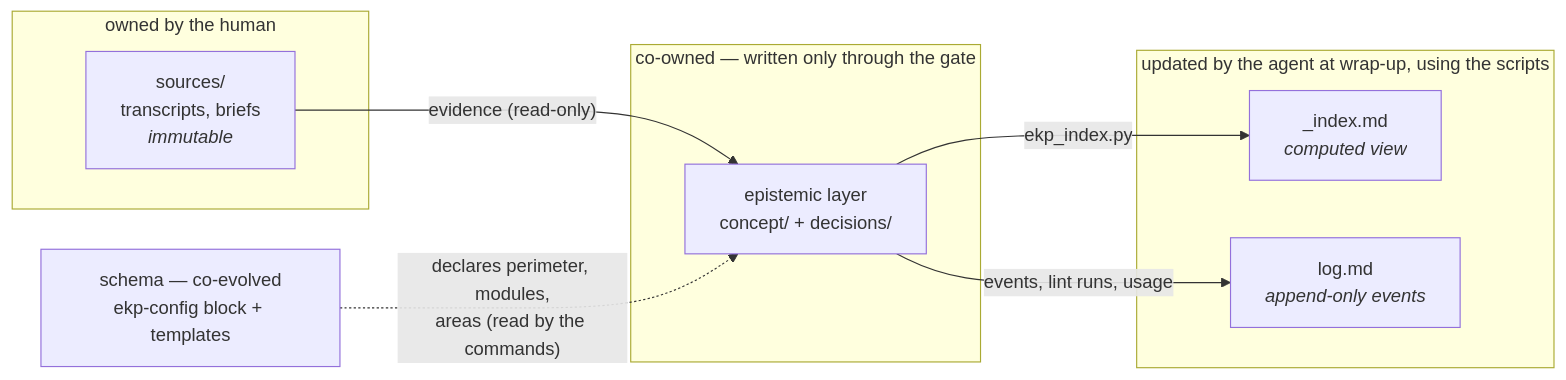
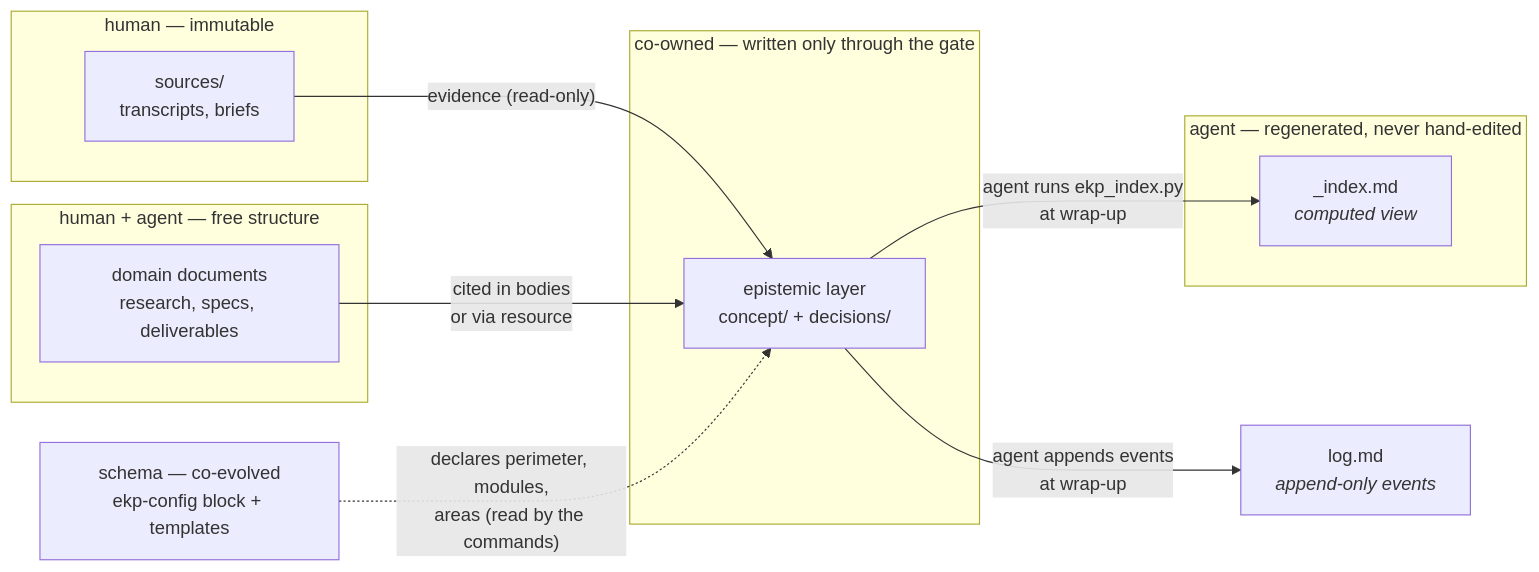
The first of 3 diagrams in README.md (AhUhmm/epistemic-knowledge-profile), drawn with Mermaid before and after one commit. The commit also changed other lines of this file and 1 other file, not shown here.

Commit message:
README diagrams: fixes from the blind review of #25
- the first diagram shows SPEC §8.1's five layers (domain documents were
  missing) with their owners, plus the log; the agent runs the index
  builder and appends events at wrap-up, the hook writes usage;
- the epistemic layer is the only gated one, not the only co-owned one;
- /state reads index and log tail first and opens files as needed;
- the session-end note wraps inside its box.

````diff
--- a/README.md
+++ b/README.md
@@ -65,18 +65,22 @@
 ```mermaid
 flowchart LR
-    subgraph H["owned by the human"]
-        SRC["sources/<br/>transcripts, briefs<br/><i>immutable</i>"]
+    subgraph H["human — immutable"]
+        SRC["sources/<br/>transcripts, briefs"]
+    end
+    subgraph D["human + agent — free structure"]
+        DOM["domain documents<br/>research, specs, deliverables"]
     end
     subgraph C["co-owned — written only through the gate"]
         EPI["epistemic layer<br/>concept/ + decisions/"]
     end
-    subgraph A["updated by the agent at wrap-up, using the scripts"]
+    subgraph V["agent — regenerated, never hand-edited"]
         IDX["_index.md<br/><i>computed view</i>"]
-        LOG["log.md<br/><i>append-only events</i>"]
     end
     SCHEMA["schema — co-evolved<br/>ekp-config block + templates"]
+    LOG["log.md<br/><i>append-only events</i>"]
     SRC -- "evidence (read-only)" --> EPI
-    EPI -- "ekp_index.py" --> IDX
-    EPI -- "events, lint runs, usage" --> LOG
+    DOM -- "cited in bodies<br/>or via resource" --> EPI
+    EPI -- "agent runs ekp_index.py<br/>at wrap-up" --> IDX
+    EPI -- "agent appends events<br/>at wrap-up" --> LOG
     SCHEMA -. "declares perimeter, modules,<br/>areas (read by the commands)" .-> EPI
 ```
````
